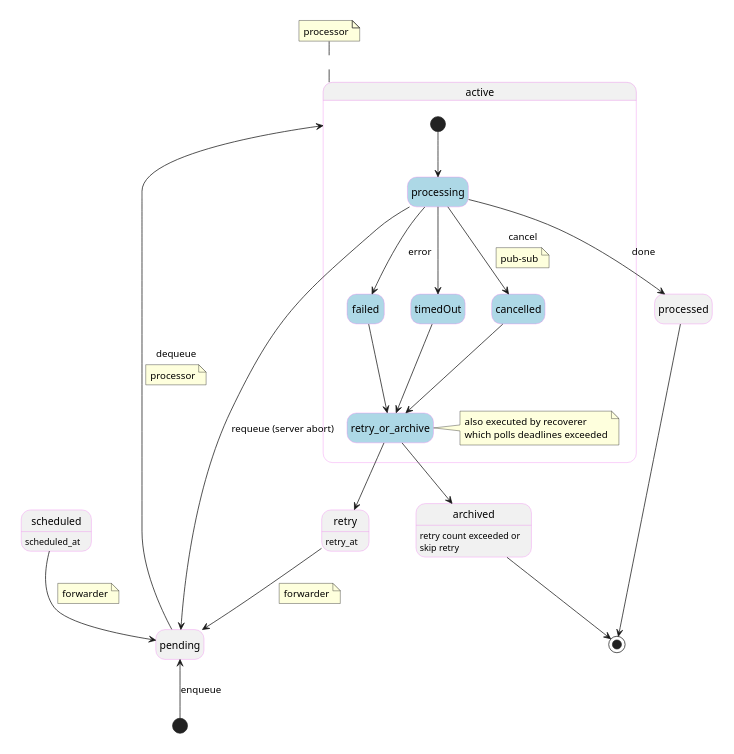
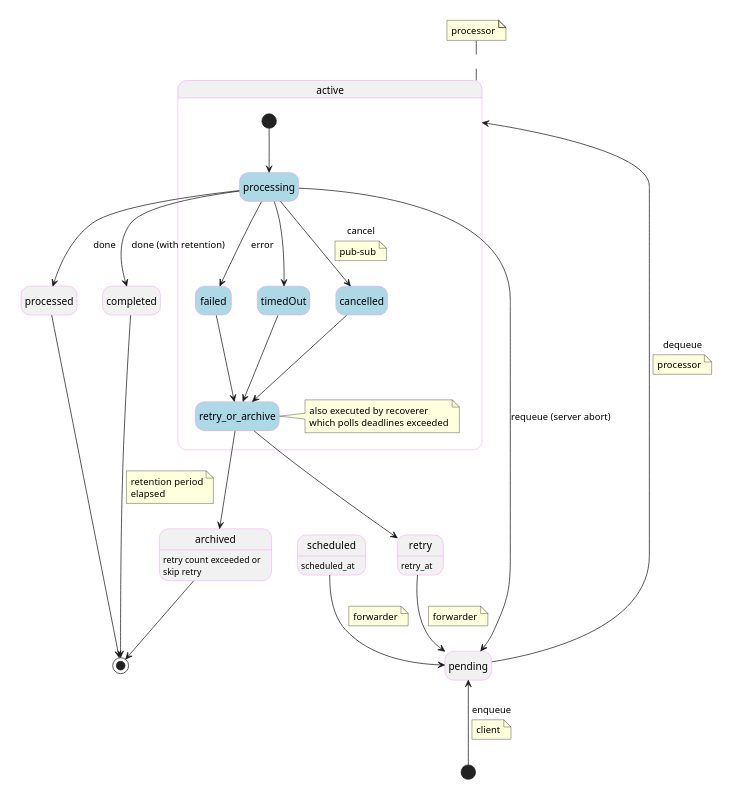
One commit to qluvio/asynq changed the diagram in docs/task_state.puml. Above: the diagram before and after it, drawn with PlantUML. The commit also changed 33 other files, not shown here.

```diff
--- a/docs/task_state.puml
+++ b/docs/task_state.puml
@@ -1,72 +1,82 @@
 @startuml
 'https://plantuml.com/state-diagram
 
 hide empty description
 scale 350 width
 skinparam State {
   BorderColor violet
   BackgroundColor<<active>> lightblue
 }
 
 [*] -up-> pending : enqueue
+note on link
+  client
+end note
 pending -left-> active : dequeue
 note on link
   processor
 end note
 
 state processed
+state completed
 state archived
 archived: retry count exceeded or
 archived: skip retry
 state retry
 retry: retry_at
 state scheduled
 scheduled: scheduled_at
 
 state active {
   [*] --> processing <<active>>
   processing --> pending : requeue (server abort)
   processing --> failed : error
   processing --> timedOut
   processing --> cancelled : cancel
   note on link
     pub-sub
   end note
 
   processing --> processed : done
+  processing --> completed : done (with retention)
 
   state failed <<active>>
   state timedOut <<active>>
   state cancelled <<active>>
 
   failed --> retry_or_archive
   timedOut --> retry_or_archive
   cancelled --> retry_or_archive
 
   state retry_or_archive <<active>>
   note right of retry_or_archive
     also executed by recoverer
     which polls deadlines exceeded
   end note
   retry_or_archive --> archived
   retry_or_archive --> retry
 }
 note top of active
   processor
 end note
 
 retry --> pending
 note on link
   forwarder
 end note
 
 scheduled --> pending
 note on link
   forwarder
 end note
 
-
+'completed --> [*]
 processed --> [*]
+completed --> [*]
+note on link
+  retention period
+  elapsed
+end note
 archived --> [*]
 
 @enduml
```
